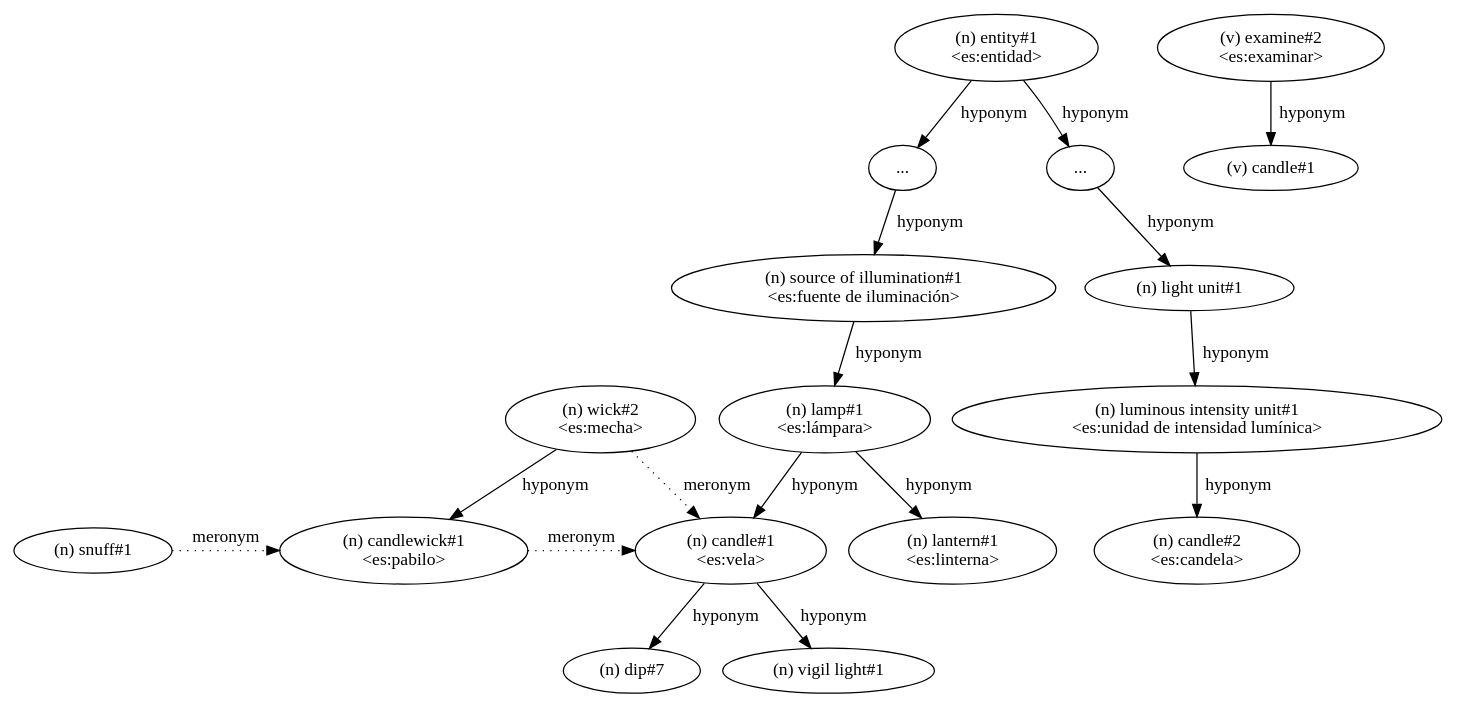
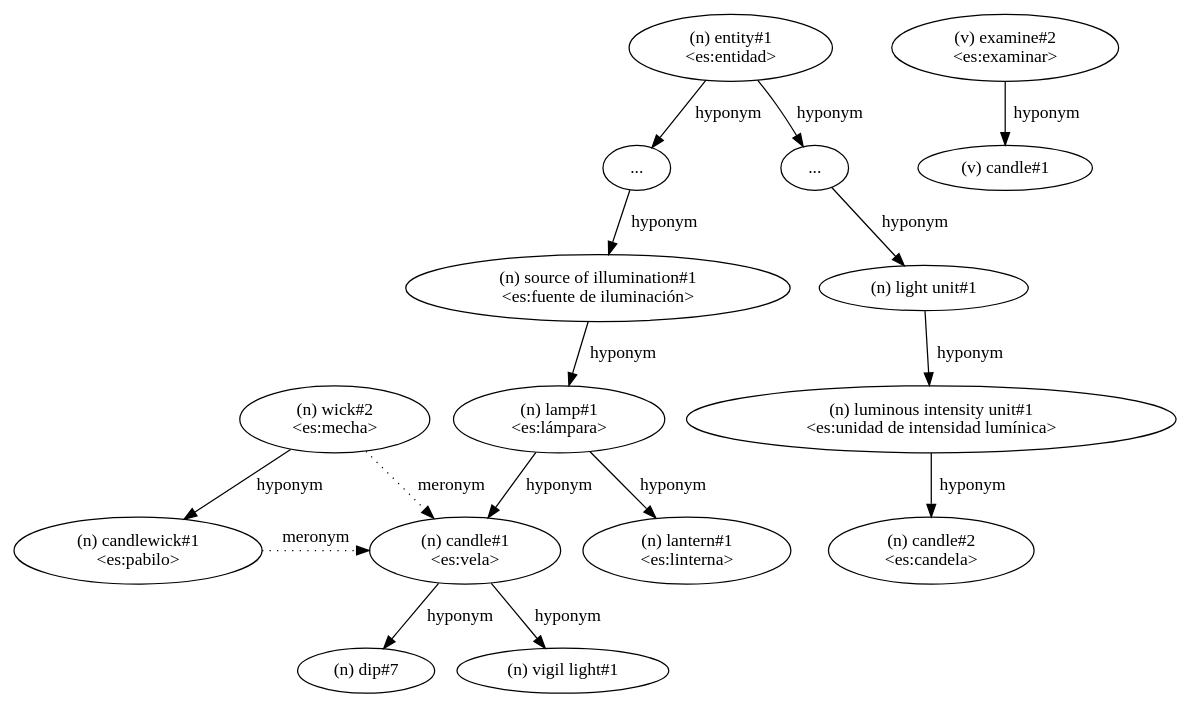
Before and after one commit to jgsogo/muia_tfm: the first of 2 diagrams in doc/1.state-of-the-art/i.representacion-conocimiento.rst, drawn with Graphviz. The commit also changed other lines of this file and 4 other files, not shown here.

```diff
--- a/doc/1.state-of-the-art/i.representacion-conocimiento.rst
+++ b/doc/1.state-of-the-art/i.representacion-conocimiento.rst
@@ -186,49 +196,48 @@
 .. graphviz::
    :caption: Esquema de relaciones semánticas en torno a la palabra *candle*, que en inglés hace referencia a los conceptos *vela* y *candela*, y también al verbo utilizado para la realización de una *ovoscopia*. Cada nodo representa un concepto (representado por varias palabras sinónimas). Las relaciones han sido extraídas de Wordnet v3.1.
 
    digraph foo {
         
         wick2[label="(n) wick#2\n<es:mecha>"]
         candle1[label="(n) candle#1\n<es:vela>"]
         candlewick1[label="(n) candlewick#1\n<es:pabilo>"]
-        snuff1[label="(n) snuff#1"]
         lamp1[label="(n) lamp#1\n<es:lámpara>"]
         lantern1[label="(n) lantern#1\n<es:linterna>"]
         sourceofillumination1[label="(n) source of illumination#1\n<es:fuente de iluminación>"]
         dots1[label="..."]
         dip7[label="(n) dip#7"]
         vigillight1[label="(n) vigil light#1"]
 
         candle2[label="(n) candle#2\n<es:candela>"]
         luminousintensityunit1[label="(n) luminous intensity unit#1\n<es:unidad de intensidad lumínica>"]
         lightunit1[label="(n) light unit#1"]
         dots2[label="..."]
 
         entity[label="(n) entity#1\n<es:entidad>"]
 
         candle1v[label="(v) candle#1"]
         examine2v[label="(v) examine#2\n<es:examinar>"]
 
         # Hiperónimos
         wick2 -> candlewick1 [label="hyponym"]
         lamp1 -> candle1 [label="hyponym"]
         lamp1 -> lantern1 [label="hyponym"]
         sourceofillumination1 -> lamp1 [label="hyponym"]
         dots1 -> sourceofillumination1 [label="hyponym"]
         candle1 -> dip7 [label="hyponym"]
         candle1 -> vigillight1 [label="hyponym"]
 
         # Holónimos
-        {rank=same; snuff1 candlewick1 candle1}
-        snuff1 -> candlewick1 -> candle1 [style=dotted, label="meronym"]
+        {rank=same; candlewick1 candle1}
+        candlewick1 -> candle1 [style=dotted, label="meronym"]
         wick2 -> candle1 [style=dotted, label="meronym"]
 
         # Otra rama para candle
         dots2 -> lightunit1 -> luminousintensityunit1 -> candle2 [label="hyponym"]
 
         entity -> dots1 [label="hyponym"]
         entity -> dots2 [label="hyponym"]
 
         # Y otra más
         examine2v -> candle1v [label="hyponym"]
    }
```
